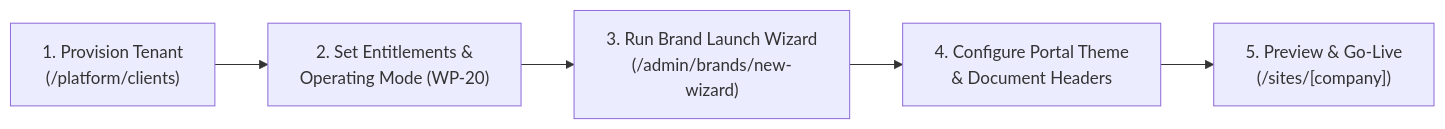
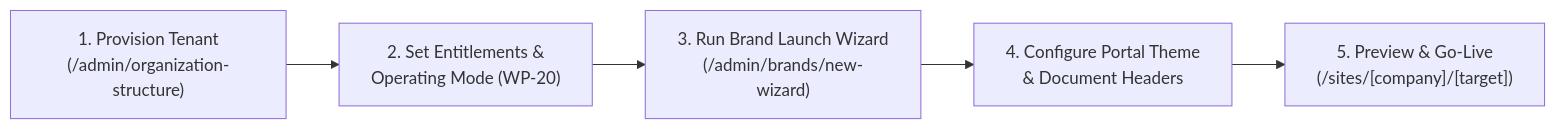
The diagram in manuals/10-saas-clients-and-tenant-onboarding.md (mykelu/mh-clinic-docs), drawn with Mermaid before and after one commit. The commit also changed other lines of this file and 31 other files, not shown here.

````diff
--- a/manuals/10-saas-clients-and-tenant-onboarding.md
+++ b/manuals/10-saas-clients-and-tenant-onboarding.md
@@ -43,7 +43,7 @@
 ```mermaid
 flowchart LR
-    A["1. Provision Tenant<br/>(/platform/clients)"] --> B["2. Set Entitlements &<br/>Operating Mode (WP-20)"]
+    A["1. Provision Tenant<br/>(/admin/organization-structure)"] --> B["2. Set Entitlements &<br/>Operating Mode (WP-20)"]
     B --> C["3. Run Brand Launch Wizard<br/>(/admin/brands/new-wizard)"]
     C --> D["4. Configure Portal Theme<br/>& Document Headers"]
-    D --> E["5. Preview & Go-Live<br/>(/sites/[company])"]
+    D --> E["5. Preview & Go-Live<br/>(/sites/[company]/[target])"]
 ```
````
